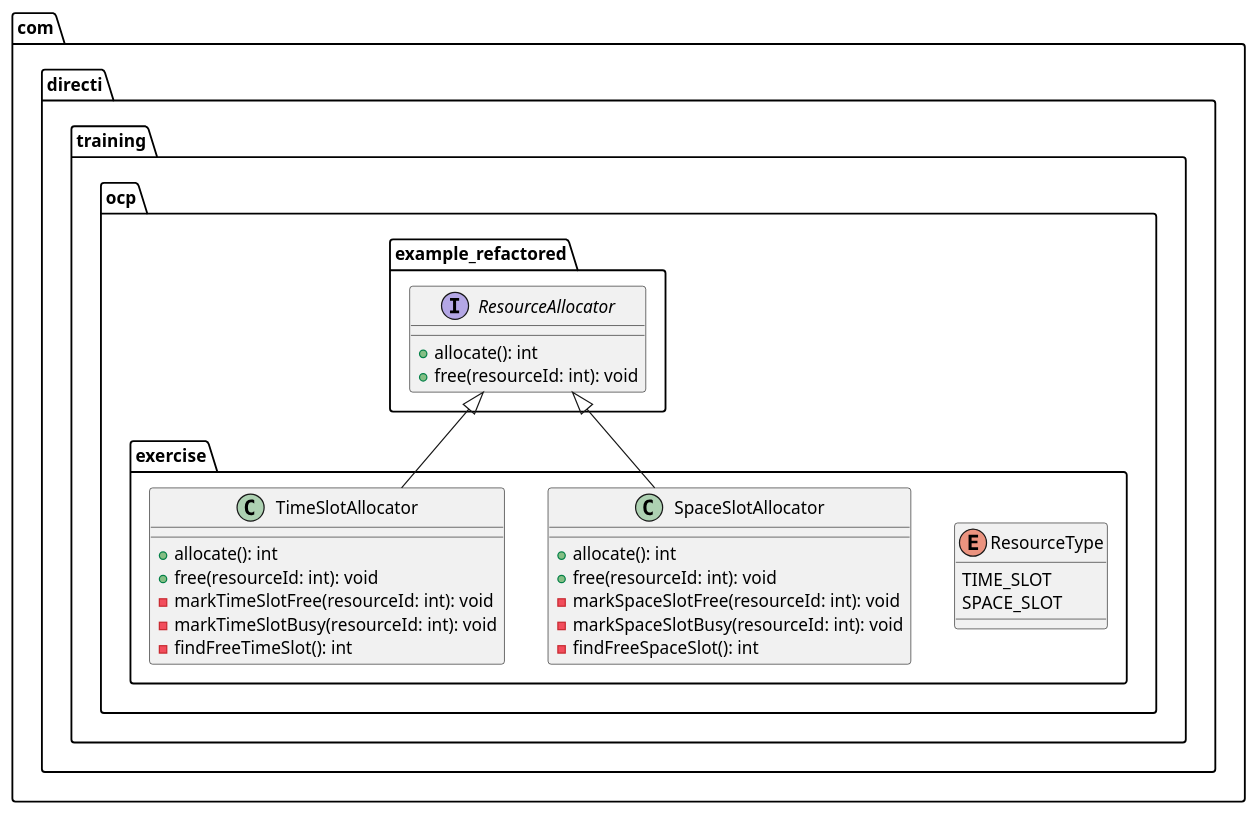
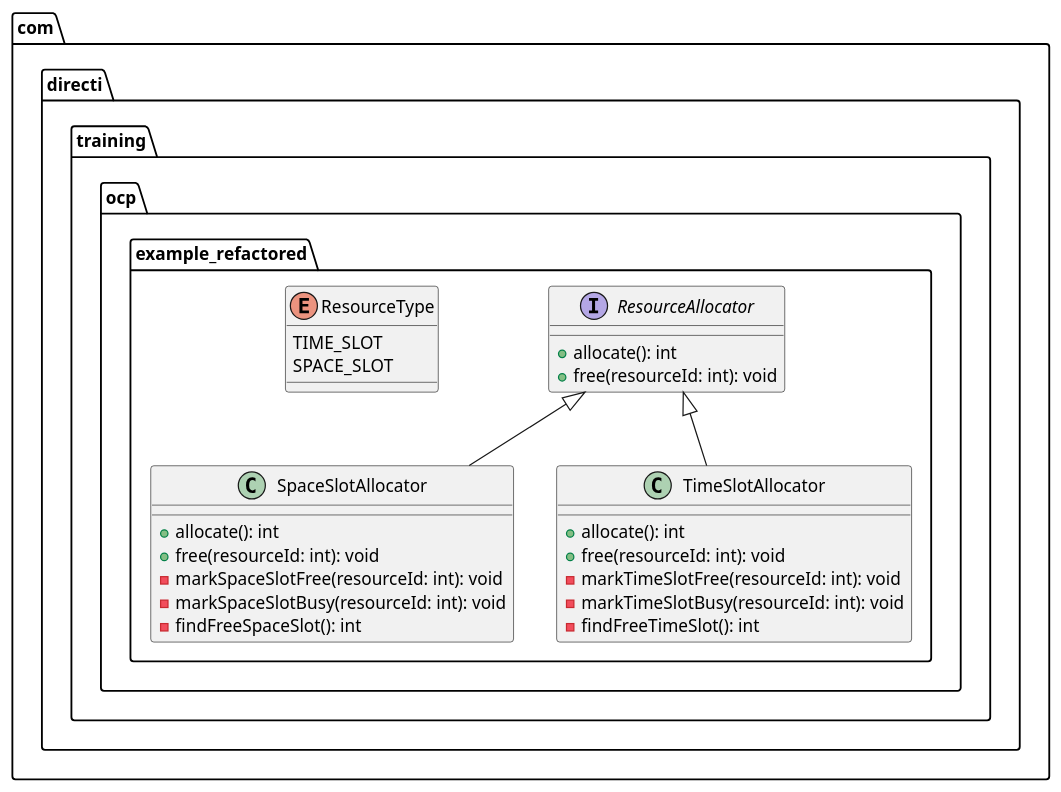
The diagram in OCP/src/com/directi/training/ocp/exercise_refactored/UML/ocp.plantuml (EyaRidene/TP_SOLID), drawn with PlantUML before and after one commit. The commit also changed 8 other files, not shown here.

```diff
--- a/OCP/src/com/directi/training/ocp/exercise_refactored/UML/ocp.plantuml
+++ b/OCP/src/com/directi/training/ocp/exercise_refactored/UML/ocp.plantuml
@@ -1,36 +1,34 @@
 @startuml
 
 package "com.directi.training.ocp.example_refactored" {
     interface ResourceAllocator {
         + allocate(): int
         + free(resourceId: int): void
     }
-}
 
-package "com.directi.training.ocp.exercise" {
     enum ResourceType {
         TIME_SLOT
         SPACE_SLOT
     }
 
     class SpaceSlotAllocator {
         + allocate(): int
         + free(resourceId: int): void
         - markSpaceSlotFree(resourceId: int): void
         - markSpaceSlotBusy(resourceId: int): void
         - findFreeSpaceSlot(): int
     }
 
     class TimeSlotAllocator {
         + allocate(): int
         + free(resourceId: int): void
         - markTimeSlotFree(resourceId: int): void
         - markTimeSlotBusy(resourceId: int): void
         - findFreeTimeSlot(): int
     }
 }
 
 ResourceAllocator <|-- SpaceSlotAllocator
 ResourceAllocator <|-- TimeSlotAllocator
 
 @enduml
```
